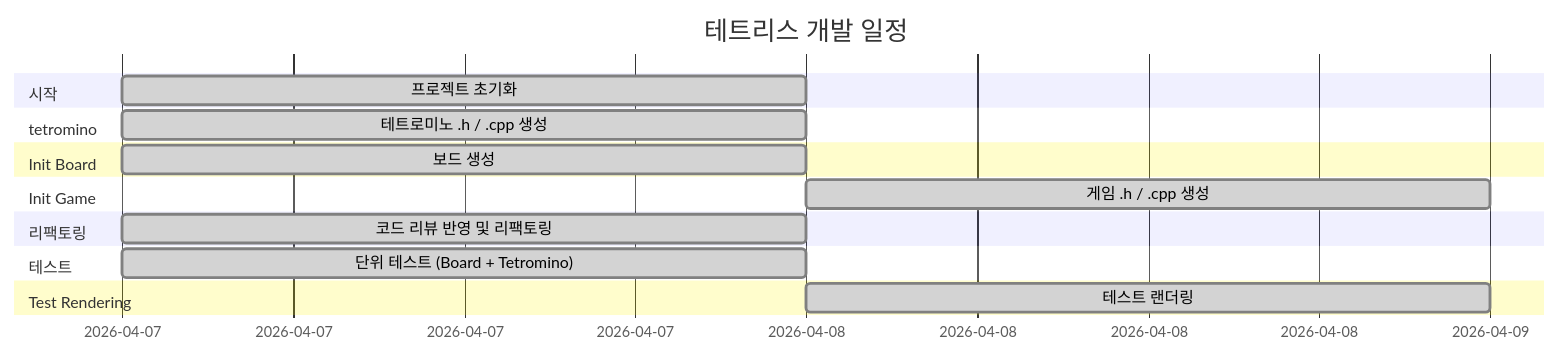
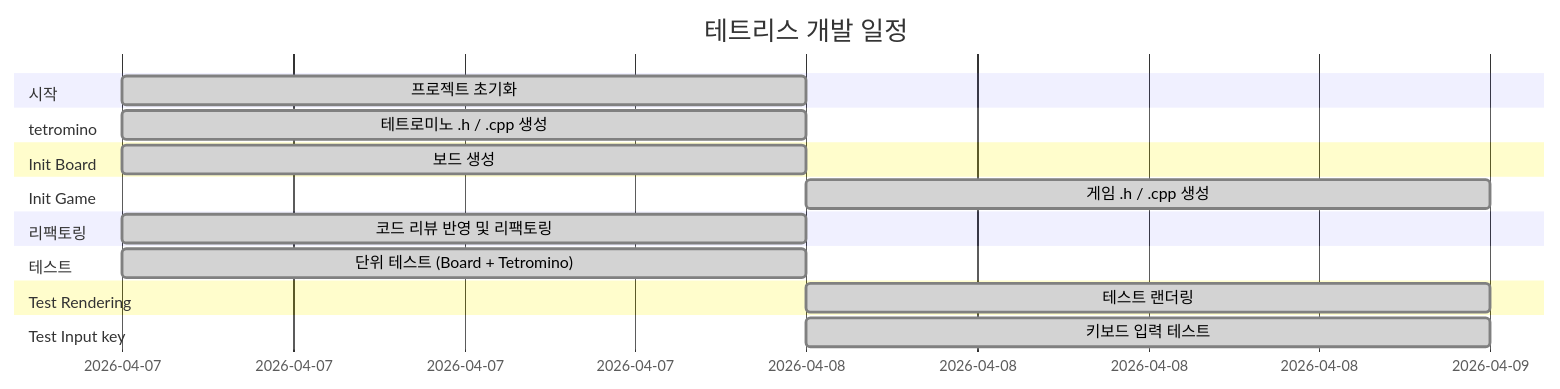
Before and after one commit to Chance031/Tetris-cpp: the diagram in README.md, drawn with Mermaid. The commit also changed other lines of this file, not shown here.

Commit message:
docs: README 자동 업데이트 [skip ci]

````diff
--- a/README.md
+++ b/README.md
@@ -27,19 +27,21 @@
 ```mermaid
 gantt
     title 테트리스 개발 일정
     dateFormat YYYY-MM-DD
     section 시작
         프로젝트 초기화 :done, init, 2026-04-07, 1d
     section tetromino
         테트로미노 .h / .cpp 생성 :done, t16803, 2026-04-07, 1d
     section Init Board
         보드 생성 :done, t84048, 2026-04-07, 1d
     section Init Game
         게임 .h / .cpp 생성 :done, t91896, 2026-04-08, 1d
     section 리팩토링
         코드 리뷰 반영 및 리팩토링 :done, refactor, 2026-04-07, 1d
     section 테스트
         단위 테스트 (Board + Tetromino) :done, test, 2026-04-07, 1d
     section Test Rendering
         테스트 랜더링 :done, t47867, 2026-04-08, 1d
+    section Test Input key
+        키보드 입력 테스트 :done, t8258, 2026-04-08, 1d
 ```
````
